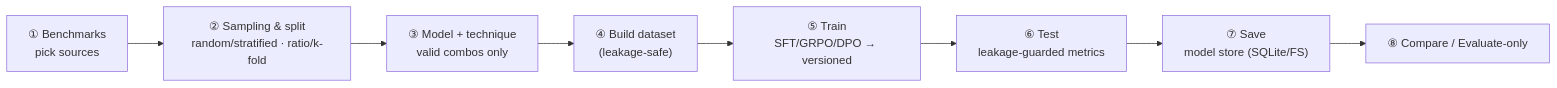
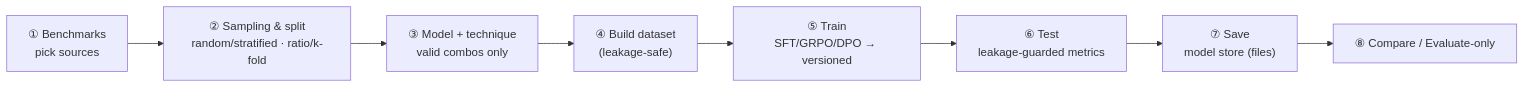
One commit to rrahimi-uci/guard-ranking-fragility changed the diagram in docs/workflow.md. Above: the diagram before and after it, drawn with Mermaid. The commit also changed other lines of this file and 2 other files, not shown here.

First line of the commit message:
Save all artifacts to the filesystem (model store defaults to JSON files)

````diff
--- a/docs/workflow.md
+++ b/docs/workflow.md
@@ -12,10 +12,10 @@
 ```mermaid
 flowchart LR
     A["① Benchmarks<br/>pick sources"] --> B["② Sampling & split<br/>random/stratified · ratio/k-fold"]
     B --> C["③ Model + technique<br/>valid combos only"]
     C --> D["④ Build dataset<br/>(leakage-safe)"]
     D --> E["⑤ Train<br/>SFT/GRPO/DPO → versioned"]
     E --> F["⑥ Test<br/>leakage-guarded metrics"]
-    F --> G["⑦ Save<br/>model store (SQLite/FS)"]
+    F --> G["⑦ Save<br/>model store (files)"]
     G --> H["⑧ Compare / Evaluate-only"]
 ```
````
